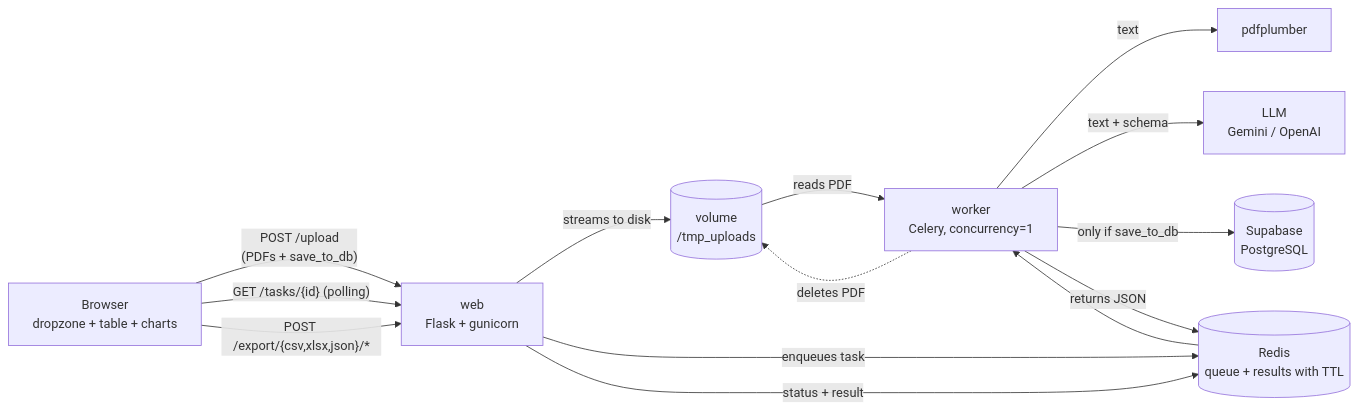
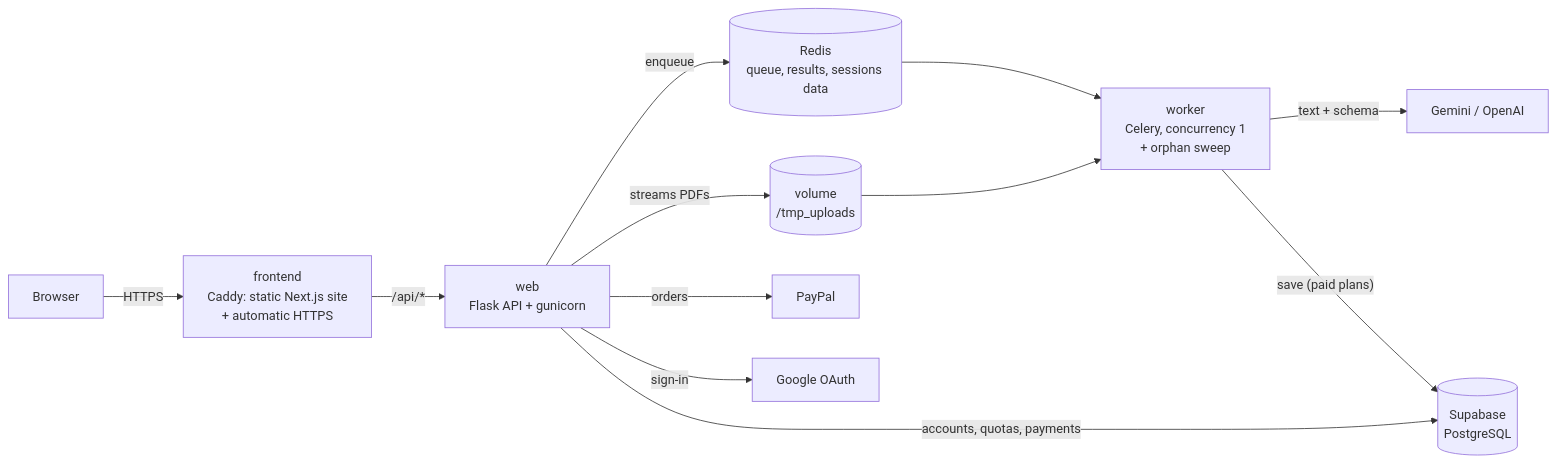
Before and after one commit to AESMatias/Extracta: the diagram in README.md, drawn with Mermaid. The commit also changed other lines of this file and 6 other files, not shown here.

````diff
--- a/README.md
+++ b/README.md
@@ -98,16 +88,14 @@
 ```mermaid
 flowchart LR
-    B[Browser<br/>dropzone + table + charts] -- "POST /upload<br/>(PDFs + save_to_db)" --> W[web<br/>Flask + gunicorn]
-    W -- "streams to disk" --> V[(volume<br/>/tmp_uploads)]
-    W -- "enqueues task" --> R[(Redis<br/>queue + results with TTL)]
-    R --> K[worker<br/>Celery, concurrency=1]
-    V -- "reads PDF" --> K
-    K -- "text" --> P[pdfplumber]
-    K -- "text + schema" --> L[LLM<br/>Gemini / OpenAI]
-    K -- "only if save_to_db" --> S[(Supabase<br/>PostgreSQL)]
-    K -- "returns JSON" --> R
-    K -. "deletes PDF" .-> V
-    B -- "GET /tasks/{id} (polling)" --> W
-    W -- "status + result" --> R
-    B -- "POST /export/{csv,xlsx,json}/*" --> W
+    B[Browser] -- "HTTPS" --> C[frontend<br/>Caddy: static Next.js site<br/>+ automatic HTTPS]
+    C -- "/api/*" --> W[web<br/>Flask API + gunicorn]
+    W -- "streams PDFs" --> V[(volume<br/>/tmp_uploads)]
+    W -- "enqueue" --> R[(Redis<br/>queue, results, sessions data)]
+    R --> K[worker<br/>Celery, concurrency 1<br/>+ orphan sweep]
+    V --> K
+    K -- "text + schema" --> L[Gemini / OpenAI]
+    K -- "save (paid plans)" --> S[(Supabase<br/>PostgreSQL)]
+    W -- "accounts, quotas, payments" --> S
+    W -- "orders" --> P[PayPal]
+    W -- "sign-in" --> G[Google OAuth]
 ```
````
